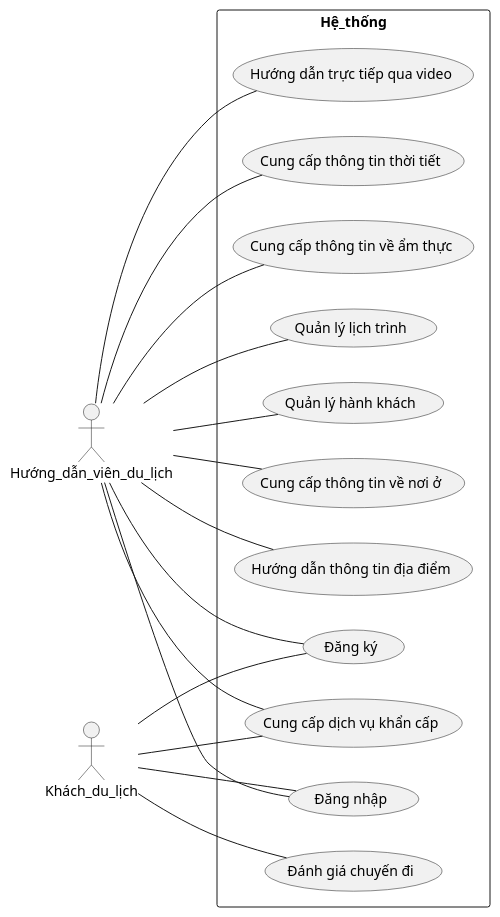
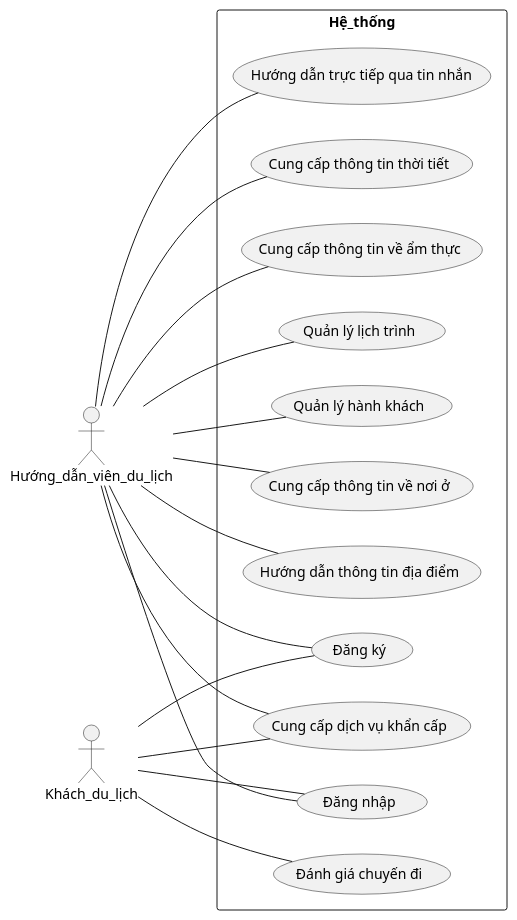
The diagram in lab1.2/usecase_diagram.plantuml (Khoitran0205/SE357-Pratice-class), drawn with PlantUML before and after one commit. The commit also changed 1 other file, not shown here.

```diff
--- a/lab1.2/usecase_diagram.plantuml
+++ b/lab1.2/usecase_diagram.plantuml
@@ -1,37 +1,37 @@
 @startuml usecase_diagram
 left to right direction
 actor Hướng_dẫn_viên_du_lịch as HDV
 actor Khách_du_lịch as Khách
 
 rectangle Hệ_thống {
   usecase (Đăng nhập) as UC_Dang_nhap
   usecase (Đăng ký) as UC_Dang_ky
   usecase (Hướng dẫn thông tin địa điểm) as UC_HD_Dia_diem
-  usecase (Hướng dẫn trực tiếp qua video) as UC_HD_Video
+  usecase (Hướng dẫn trực tiếp qua tin nhắn) as UC_HD_Tin_nhan
   usecase (Cung cấp thông tin thời tiết) as UC_Thoi_tiet
   usecase (Cung cấp thông tin về ẩm thực) as UC_Am_thuc
   usecase (Đánh giá chuyến đi) as UC_Danh_gia
   usecase (Quản lý lịch trình) as UC_Lich_trinh
   usecase (Quản lý hành khách) as UC_Hanh_khach
   usecase (Cung cấp dịch vụ khẩn cấp) as UC_Khan_cap
   usecase (Cung cấp thông tin về nơi ở) as UC_Noi_o
 
   HDV -- UC_HD_Dia_diem
-  HDV -- UC_HD_Video
+  HDV -- UC_HD_Tin_nhan
   HDV -- UC_Noi_o
   HDV -- UC_Thoi_tiet
   HDV -- UC_Am_thuc
   Khách -- UC_Danh_gia
   HDV -- UC_Lich_trinh
   HDV -- UC_Hanh_khach
   HDV -- UC_Khan_cap
   Khách -- UC_Khan_cap
   Khách -- UC_Dang_nhap
   HDV -- UC_Dang_nhap
   Khách -- UC_Dang_ky
   HDV -- UC_Dang_ky
 }
 
 
 
 @enduml
```
